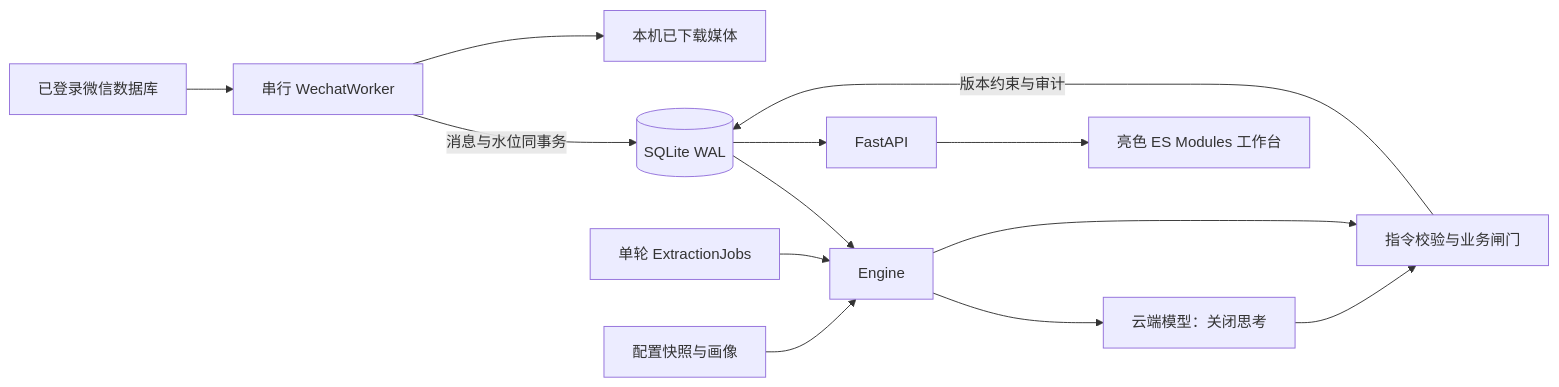
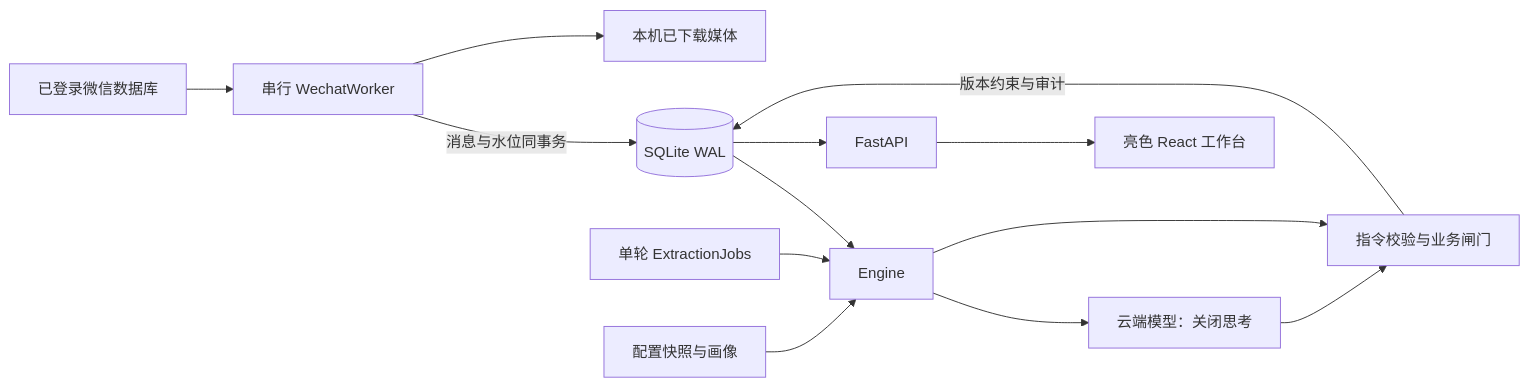
Before and after one commit to Xpercent/Niannian: the diagram in docs/ARCHITECTURE.md, drawn with Mermaid. The commit also changed other lines of this file and 56 other files, not shown here.

````diff
--- a/docs/ARCHITECTURE.md
+++ b/docs/ARCHITECTURE.md
@@ -7,15 +7,15 @@
 ```mermaid
 flowchart LR
   W[已登录微信数据库] --> R[串行 WechatWorker]
   R -->|消息与水位同事务| D[(SQLite WAL)]
   R --> M[本机已下载媒体]
   J[单轮 ExtractionJobs] --> E[Engine]
   D --> E
   C[配置快照与画像] --> E
   E --> L[云端模型：关闭思考]
   L --> G[指令校验与业务闸门]
   E --> G
   G -->|版本约束与审计| D
   D --> A[FastAPI]
-  A --> U[亮色 ES Modules 工作台]
+  A --> U[亮色 React 工作台]
 ```
````
